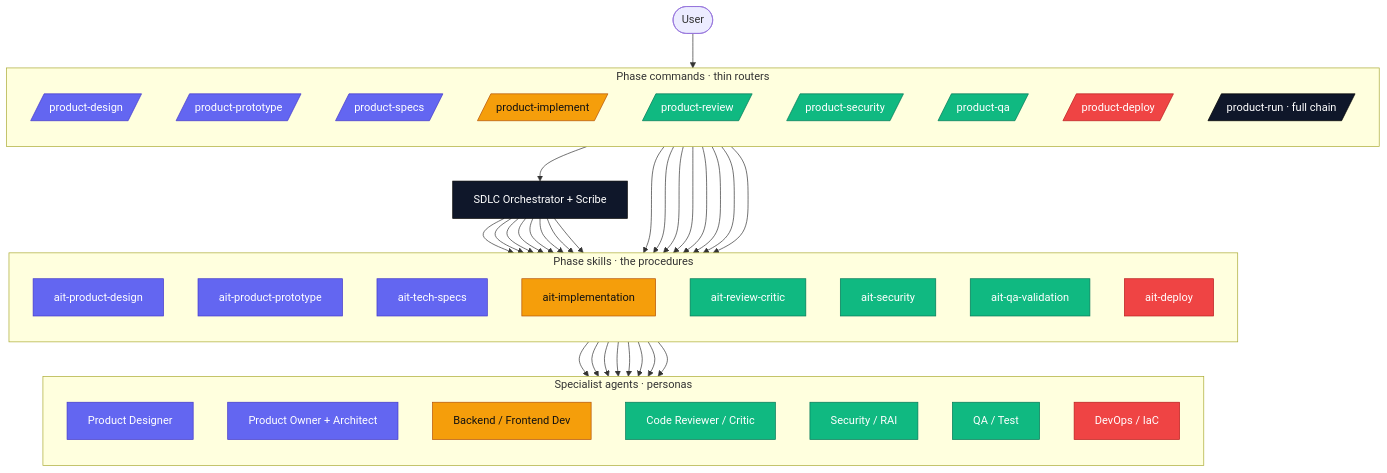
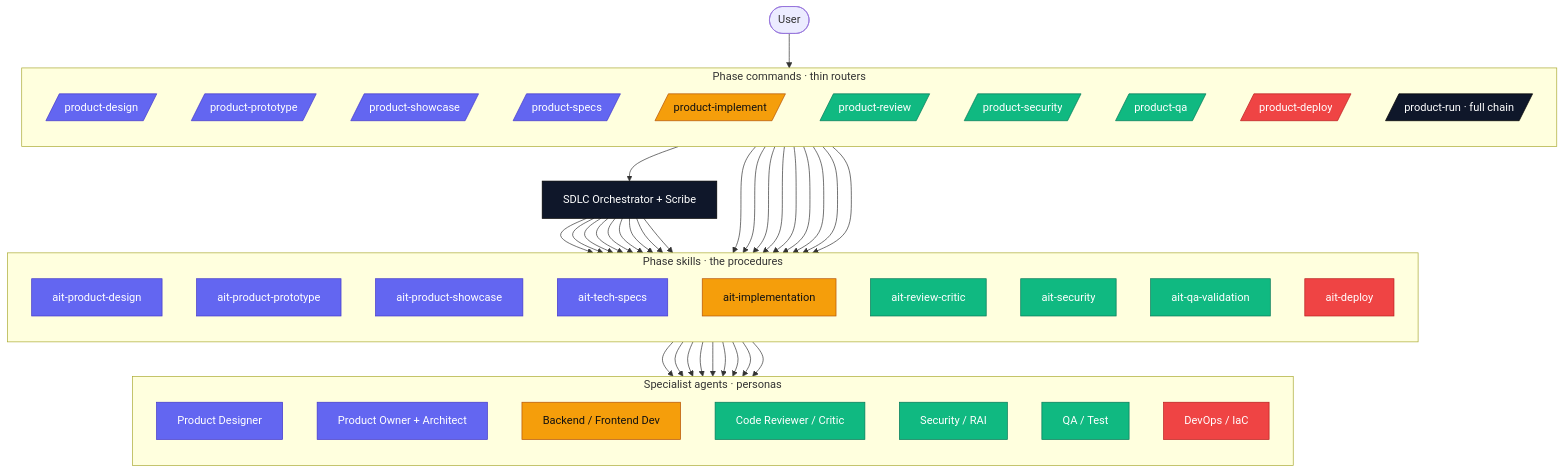
One commit to CalinL/ai-team-sdlc changed the third of 6 diagrams in docs/ai-sdlc-design.md. Above: the diagram before and after it, drawn with Mermaid. The commit also changed other lines of this file and 22 other files, not shown here.

First line of the commit message:
feat: add product showcase skill and enhance prototyping capabilities

````diff
--- a/docs/ai-sdlc-design.md
+++ b/docs/ai-sdlc-design.md
@@ -197,64 +197,67 @@
 ```mermaid
 flowchart TB
     U([User])
 
     subgraph CMD[Phase commands · thin routers]
         direction TB
         C1[/product-design/]
         C1b[/product-prototype/]
+        C1c[/product-showcase/]
         C2[/product-specs/]
         C3[/product-implement/]
         C5[/product-review/]
         C6[/product-security/]
         C4[/product-qa/]
         C7[/product-deploy/]
         C0[/product-run · full chain/]
     end
 
     subgraph SK[Phase skills · the procedures]
         direction TB
         S1[ait-product-design]
         S1b[ait-product-prototype]
+        S1c[ait-product-showcase]
         S2[ait-tech-specs]
         S3[ait-implementation]
         S5[ait-review-critic]
         S6[ait-security]
         S4[ait-qa-validation]
         S7[ait-deploy]
     end
 
     subgraph AG[Specialist agents · personas]
         direction TB
         A1[Product Designer]
         A2[Product Owner + Architect]
         A3[Backend / Frontend Dev]
         A5[Code Reviewer / Critic]
         A6[Security / RAI]
         A4[QA / Test]
         A7[DevOps / IaC]
     end
 
     U --> CMD
     C1 --> S1 --> A1
     C1b --> S1b --> A1
+    C1c --> S1c --> A1
     C2 --> S2 --> A2
     C3 --> S3 --> A3
     C4 --> S4 --> A4
     C5 --> S5 --> A5
     C6 --> S6 --> A6
     C7 --> S7 --> A7
     C0 --> ORCH[SDLC Orchestrator + Scribe]
-    ORCH --> S1 & S1b & S2 & S3 & S4 & S5 & S6 & S7
+    ORCH --> S1 & S1b & S1c & S2 & S3 & S4 & S5 & S6 & S7
 
     classDef plan   fill:#6366f1,stroke:#4338ca,color:#fff
     classDef build  fill:#f59e0b,stroke:#b45309,color:#111
     classDef test   fill:#10b981,stroke:#047857,color:#fff
     classDef deploy fill:#ef4444,stroke:#b91c1c,color:#fff
     classDef orch   fill:#0f172a,stroke:#000,color:#fff
 
-    class C1,C1b,C2,S1,S1b,S2,A1,A2 plan
+    class C1,C1b,C1c,C2,S1,S1b,S1c,S2,A1,A2 plan
     class C3,S3,A3 build
     class C4,C5,C6,S4,S5,S6,A4,A5,A6 test
     class C7,S7,A7 deploy
     class C0,ORCH orch
 ```
````
